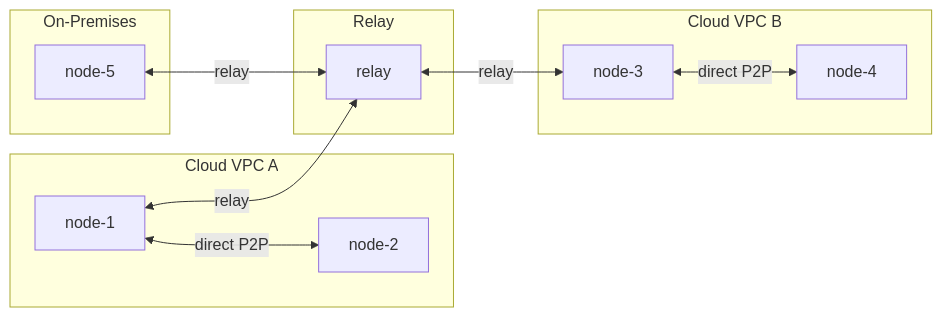
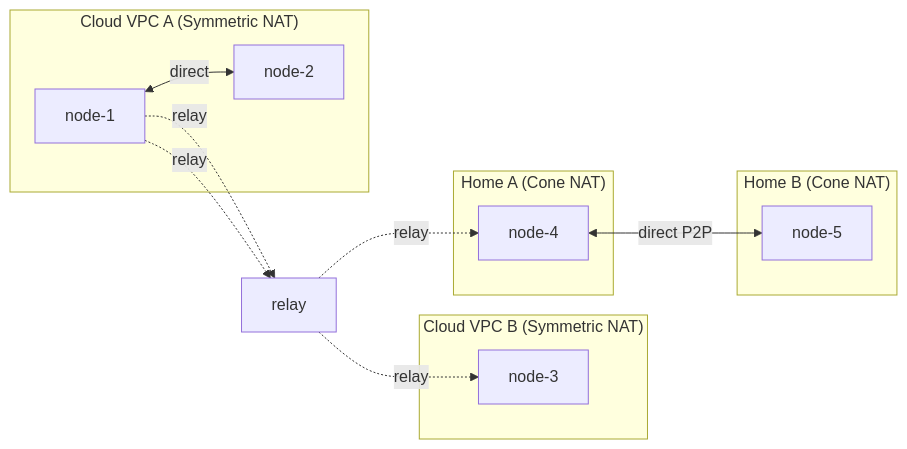
The diagram in docs/index.md (inerplat/wirekube), drawn with Mermaid before and after one commit. The commit also changed 17 other files, not shown here.

````diff
--- a/docs/index.md
+++ b/docs/index.md
@@ -23,22 +23,23 @@
 ```mermaid
 flowchart LR
-    subgraph VPC-A["Cloud VPC A"]
+    subgraph VPC-A["Cloud VPC A (Symmetric NAT)"]
         N1[node-1]
         N2[node-2]
     end
-    subgraph VPC-B["Cloud VPC B"]
+    subgraph VPC-B["Cloud VPC B (Symmetric NAT)"]
         N3[node-3]
+    end
+    subgraph Home-A["Home A (Cone NAT)"]
         N4[node-4]
     end
-    subgraph OnPrem["On-Premises"]
+    subgraph Home-B["Home B (Cone NAT)"]
         N5[node-5]
     end
-    subgraph Relay
-        R[relay]
-    end
-    N1 <-->|direct P2P| N2
-    N3 <-->|direct P2P| N4
-    N1 <-->|relay| R
-    R <-->|relay| N3
-    N5 <-->|relay| R
+    R[relay]
+    N1 <-->|direct| N2
+    N1 -.->|relay| R
+    R -.->|relay| N3
+    N1 -.->|relay| R
+    R -.->|relay| N4
+    N4 <-->|direct P2P| N5
 ```
````
